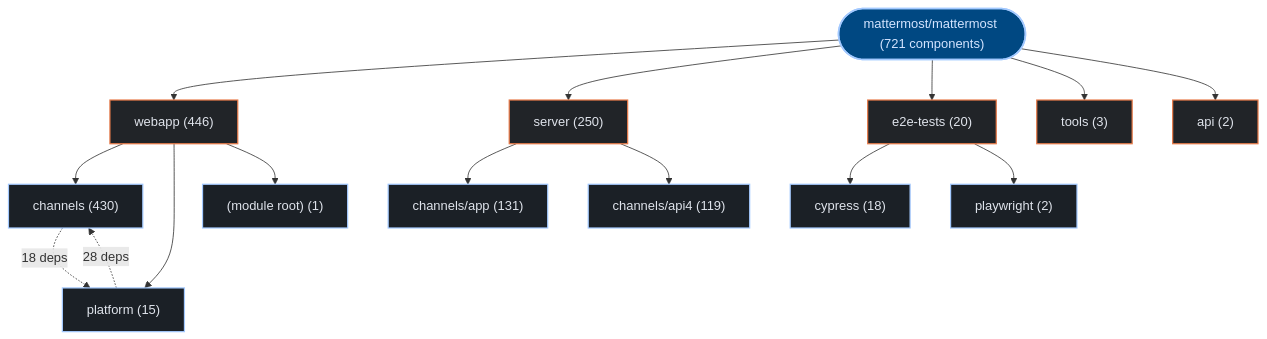
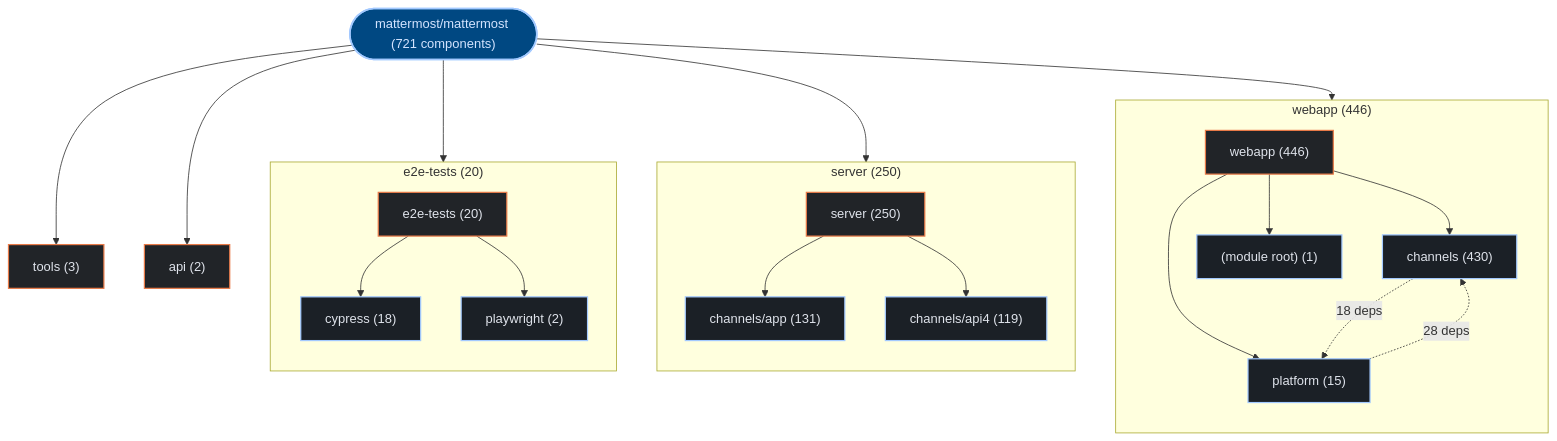
Before and after one commit to kumarshaz/atruss-code-atlas: the first of 3 diagrams in exports/latest/reports/mattermost-mattermost-report.md, drawn with Mermaid. The commit also changed 178 other files, not shown here.

Commit message:
feat(ui,mermaid): upgrade to mermaid v12 + ELK layout, add orgs-summary + pagination, subgraph building blocks, fix tab alignment

````diff
--- a/exports/latest/reports/mattermost-mattermost-report.md
+++ b/exports/latest/reports/mattermost-mattermost-report.md
@@ -42,37 +42,46 @@
 ```mermaid
 graph TD;
   classDef atlasRoot fill:#004882,stroke:#a3c9ff,stroke-width:2px,color:#d3e4ff
   classDef atlasCategory fill:#212428,stroke:#E87A48,stroke-width:1.5px,color:#dfe3eb
   classDef atlasWorkflow fill:#1b2026,stroke:#a3c9ff,stroke-width:1.5px,color:#dfe3eb
   classDef atlasJob fill:#171c22,stroke:#8d9199,stroke-width:1px,color:#dfe3eb
   classDef atlasTarget fill:#005227,stroke:#8bd99b,stroke-width:1.5px,color:#a7f6b6
   classDef atlasAlert fill:#93000a,stroke:#ffb4ab,stroke-width:1.5px,color:#ffdad6
   classDef atlasMore fill:#252a31,stroke:#8d9199,stroke-dasharray:4 4,color:#c3c6cf
     repo_root(["mattermost/mattermost (721 components)"]):::atlasRoot
-    dir_0_webapp["webapp (446)"]:::atlasCategory
+    subgraph sg_dir_0_webapp["webapp (446)"]
+      direction TB
+      dir_0_webapp["webapp (446)"]:::atlasCategory
+      sub_0_0_channels["channels (430)"]:::atlasWorkflow
+      dir_0_webapp --> sub_0_0_channels
+      sub_0_1_platform["platform (15)"]:::atlasWorkflow
+      dir_0_webapp --> sub_0_1_platform
+      sub_0_2__module_root_["(module root) (1)"]:::atlasWorkflow
+      dir_0_webapp --> sub_0_2__module_root_
+    end
     repo_root --> dir_0_webapp
-    sub_0_0_channels["channels (430)"]:::atlasWorkflow
-    dir_0_webapp --> sub_0_0_channels
-    sub_0_1_platform["platform (15)"]:::atlasWorkflow
-    dir_0_webapp --> sub_0_1_platform
-    sub_0_2__module_root_["(module root) (1)"]:::atlasWorkflow
-    dir_0_webapp --> sub_0_2__module_root_
-    dir_1_server["server (250)"]:::atlasCategory
+    subgraph sg_dir_1_server["server (250)"]
+      direction TB
+      dir_1_server["server (250)"]:::atlasCategory
+      sub_1_0_channels_app["channels/app (131)"]:::atlasWorkflow
+      dir_1_server --> sub_1_0_channels_app
+      sub_1_1_channels_api4["channels/api4 (119)"]:::atlasWorkflow
+      dir_1_server --> sub_1_1_channels_api4
+    end
     repo_root --> dir_1_server
-    sub_1_0_channels_app["channels/app (131)"]:::atlasWorkflow
-    dir_1_server --> sub_1_0_channels_app
-    sub_1_1_channels_api4["channels/api4 (119)"]:::atlasWorkflow
-    dir_1_server --> sub_1_1_channels_api4
-    dir_2_e2e_tests["e2e-tests (20)"]:::atlasCategory
+    subgraph sg_dir_2_e2e_tests["e2e-tests (20)"]
+      direction TB
+      dir_2_e2e_tests["e2e-tests (20)"]:::atlasCategory
+      sub_2_0_cypress["cypress (18)"]:::atlasWorkflow
+      dir_2_e2e_tests --> sub_2_0_cypress
+      sub_2_1_playwright["playwright (2)"]:::atlasWorkflow
+      dir_2_e2e_tests --> sub_2_1_playwright
+    end
     repo_root --> dir_2_e2e_tests
-    sub_2_0_cypress["cypress (18)"]:::atlasWorkflow
-    dir_2_e2e_tests --> sub_2_0_cypress
-    sub_2_1_playwright["playwright (2)"]:::atlasWorkflow
-    dir_2_e2e_tests --> sub_2_1_playwright
     dir_3_tools["tools (3)"]:::atlasCategory
     repo_root --> dir_3_tools
     dir_4_api["api (2)"]:::atlasCategory
     repo_root --> dir_4_api
     sub_0_1_platform -.->|"28 deps"| sub_0_0_channels
     sub_0_0_channels -.->|"18 deps"| sub_0_1_platform
 ```
````
